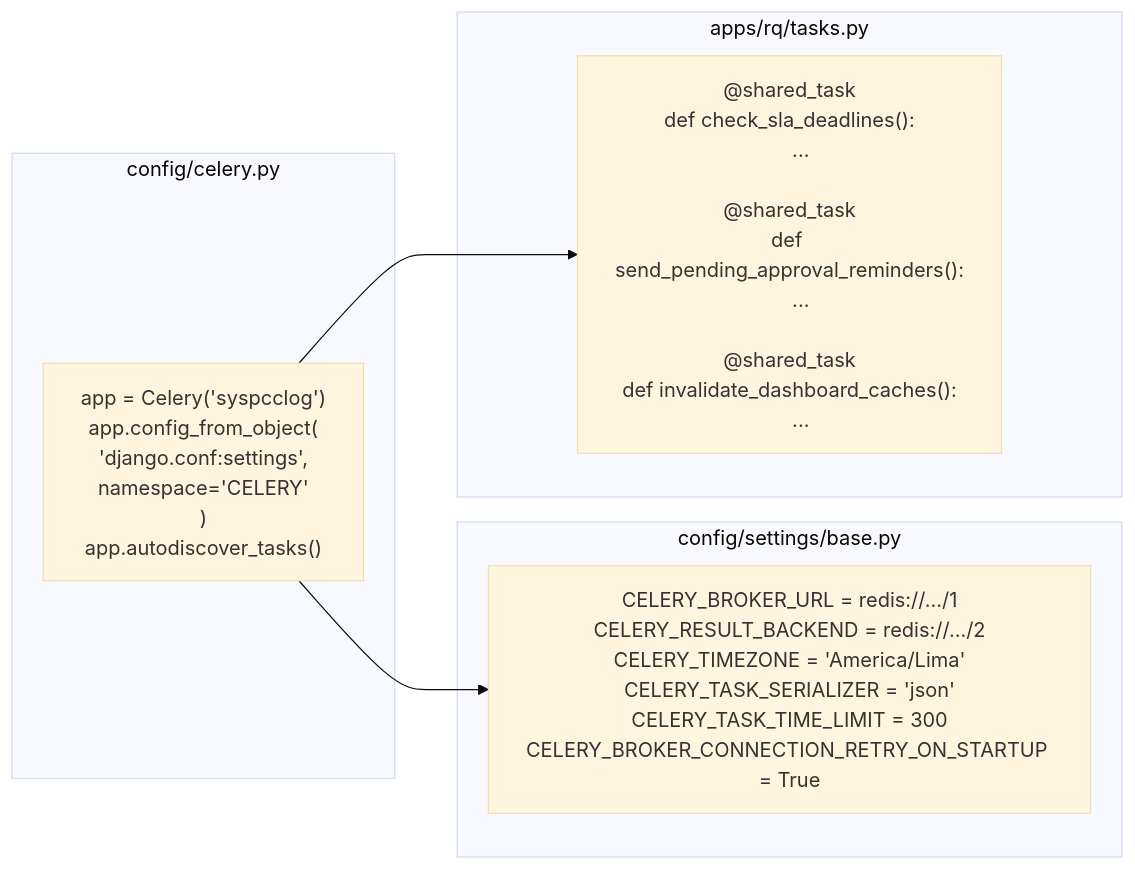
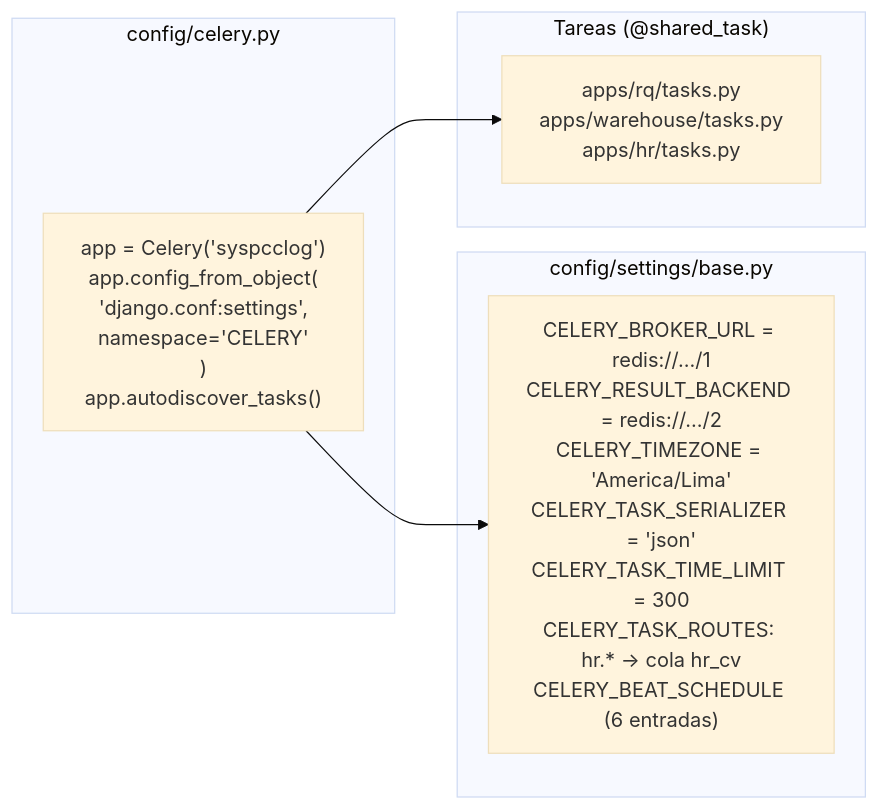
Before and after one commit to pccpegit/SYSPCCLOG: diagram 16 of 19 in docs/03_Arquitectura_Bajo_Nivel.md, drawn with Mermaid (base theme). The commit also changed other lines of this file and 42 other files, not shown here.

````diff
--- a/docs/03_Arquitectura_Bajo_Nivel.md
+++ b/docs/03_Arquitectura_Bajo_Nivel.md
@@ -878,17 +1091,17 @@
 ```mermaid
 graph LR
     subgraph "config/celery.py"
         CELAPP["app = Celery('syspcclog')<br/>app.config_from_object(<br/>  'django.conf:settings',<br/>  namespace='CELERY'<br/>)<br/>app.autodiscover_tasks()"]
     end
 
     subgraph "config/settings/base.py"
-        CELCFG["CELERY_BROKER_URL = redis://.../1<br/>CELERY_RESULT_BACKEND = redis://.../2<br/>CELERY_TIMEZONE = 'America/Lima'<br/>CELERY_TASK_SERIALIZER = 'json'<br/>CELERY_TASK_TIME_LIMIT = 300<br/>CELERY_BROKER_CONNECTION_RETRY_ON_STARTUP = True"]
+        CELCFG["CELERY_BROKER_URL = redis://.../1<br/>CELERY_RESULT_BACKEND = redis://.../2<br/>CELERY_TIMEZONE = 'America/Lima'<br/>CELERY_TASK_SERIALIZER = 'json'<br/>CELERY_TASK_TIME_LIMIT = 300<br/>CELERY_TASK_ROUTES: hr.* → cola hr_cv<br/>CELERY_BEAT_SCHEDULE (6 entradas)"]
     end
 
-    subgraph "apps/rq/tasks.py"
-        TASKS["@shared_task<br/>def check_sla_deadlines():<br/>    ...<br/><br/>@shared_task<br/>def send_pending_approval_reminders():<br/>    ...<br/><br/>@shared_task<br/>def invalidate_dashboard_caches():<br/>    ..."]
+    subgraph "Tareas (@shared_task)"
+        TASKS["apps/rq/tasks.py<br/>apps/warehouse/tasks.py<br/>apps/hr/tasks.py"]
     end
 
     CELAPP --> CELCFG
     CELAPP --> TASKS
 ```
````
